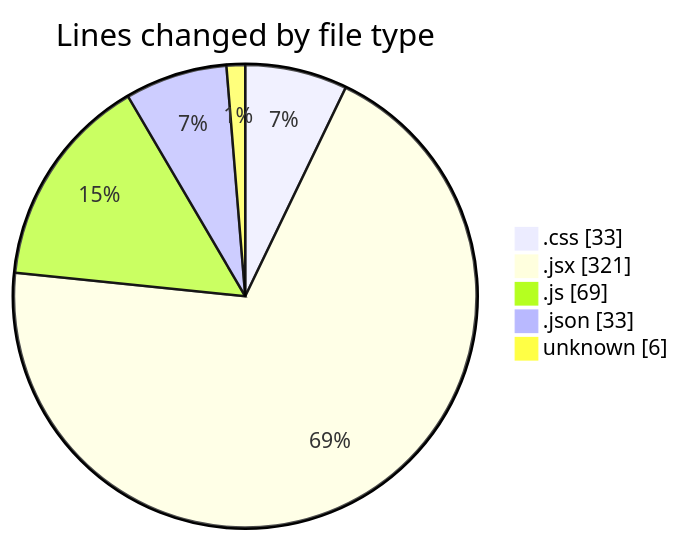
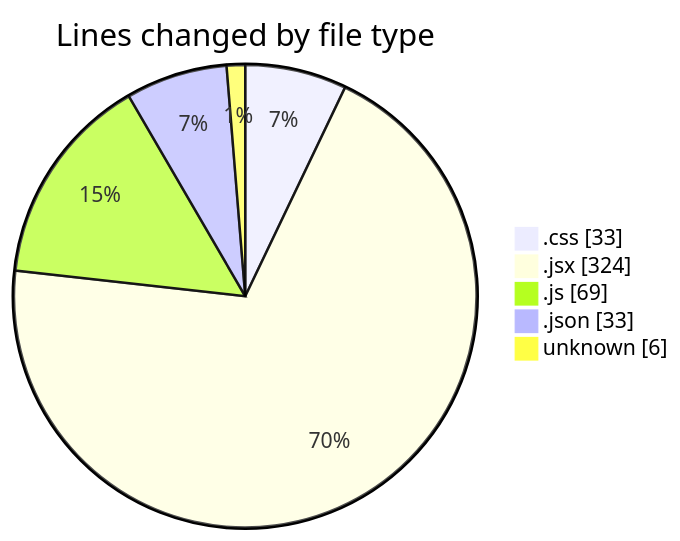
The first of 2 diagrams in 2025-02-14/elitegpt/README.md (Elitesun/code-tracking), drawn with Mermaid before and after one commit. The commit also changed other lines of this file and 1 other file, not shown here.

````diff
--- a/2025-02-14/elitegpt/README.md
+++ b/2025-02-14/elitegpt/README.md
@@ -32,9 +32,9 @@
 ```mermaid
 pie showData
 title Lines changed by file type
 ".css" : 33
-".jsx" : 321
+".jsx" : 324
 ".js" : 69
 ".json" : 33
 "unknown" : 6
 ```
````
